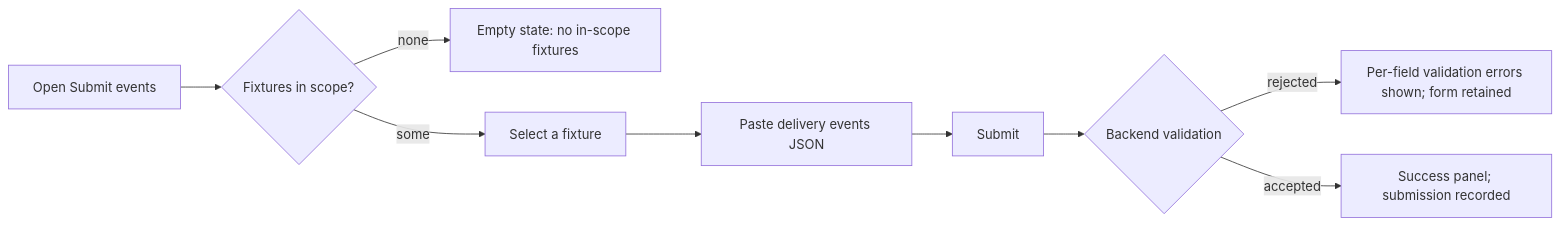
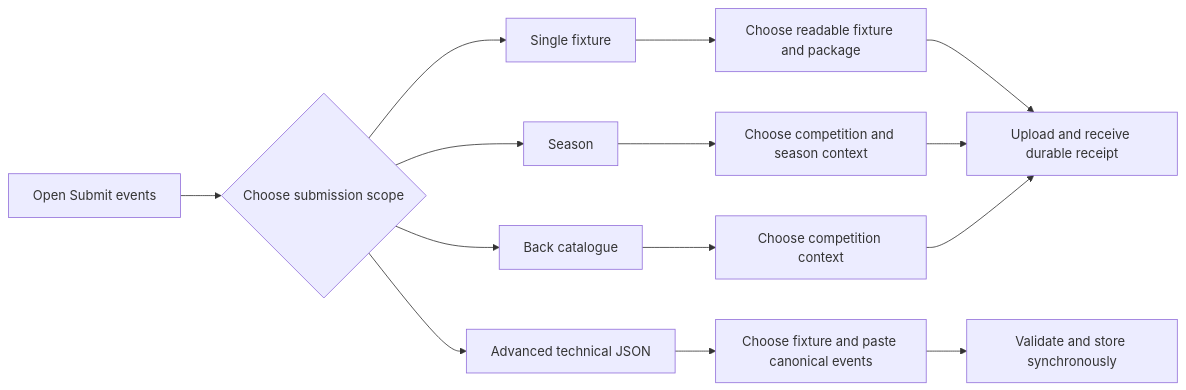
One commit to NadavSundy/Sport-Analytics-Tool changed the fourth of 5 diagrams in docs/design/information-architecture-and-wireframes.md. Above: the diagram before and after it, drawn with Mermaid. The commit also changed other lines of this file and 18 other files, not shown here.

````diff
--- a/docs/design/information-architecture-and-wireframes.md
+++ b/docs/design/information-architecture-and-wireframes.md
@@ -149,11 +149,16 @@
 ```mermaid
 flowchart LR
-    A[Open Submit events] --> B{Fixtures in scope?}
-    B -- none --> C[Empty state: no in-scope fixtures]
-    B -- some --> D[Select a fixture]
-    D --> E[Paste delivery events JSON]
-    E --> F[Submit]
-    F --> G{Backend validation}
-    G -- rejected --> H[Per-field validation errors shown; form retained]
-    G -- accepted --> I[Success panel; submission recorded]
+    A[Open Submit events] --> B{Choose submission scope}
+    B --> C[Single fixture]
+    B --> D[Season]
+    B --> E[Back catalogue]
+    B --> F[Advanced technical JSON]
+    C --> G[Choose readable fixture and package]
+    D --> H[Choose competition and season context]
+    E --> I[Choose competition context]
+    F --> J[Choose fixture and paste canonical events]
+    G --> K[Upload and receive durable receipt]
+    H --> K
+    I --> K
+    J --> L[Validate and store synchronously]
 ```
````
